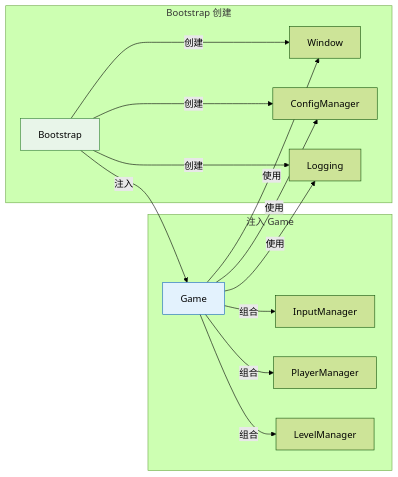
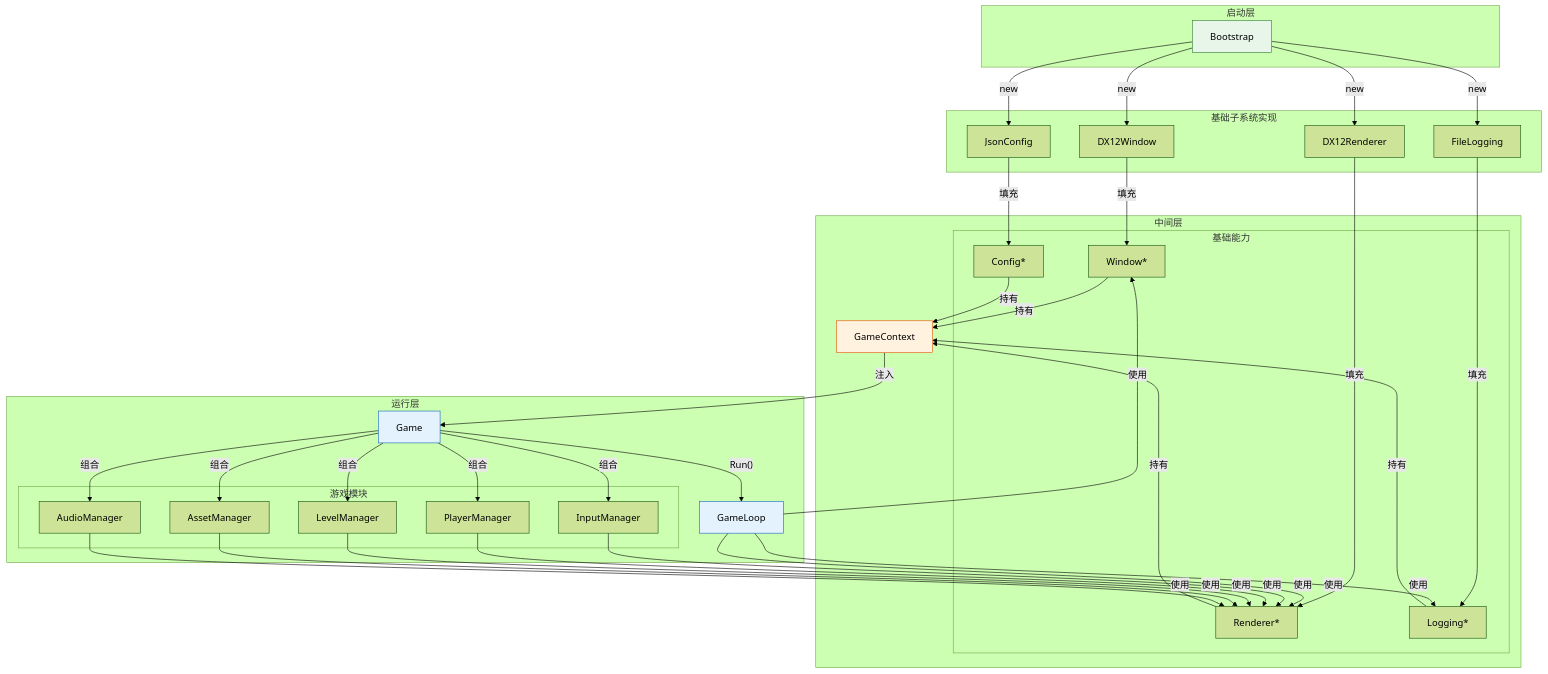
The fifth of 5 diagrams in Docs/Engine/Game.md (Gunxzq/DX12_Base), drawn with Mermaid (forest theme) before and after one commit. The commit also changed other lines of this file and 2 other files, not shown here.

````diff
--- a/Docs/Engine/Game.md
+++ b/Docs/Engine/Game.md
@@ -234,31 +237,73 @@
 ```mermaid
-graph LR
-    subgraph "Bootstrap 创建"
-        BM["Bootstrap"]
-        W["Window"]
-        C["ConfigManager"]
-        L["Logging"]
+graph TB
+    subgraph "启动层"
+        B["Bootstrap"]
     end
 
-    subgraph "注入 Game"
-        G["Game"]
-        IM["InputManager"]
-        PM["PlayerManager"]
-        LM["LevelManager"]
+    subgraph "中间层"
+        C["GameContext"]
+        subgraph "基础能力"
+            W["Window*"]
+            R["Renderer*"]
+            L["Logging*"]
+            CF["Config*"]
+        end
     end
 
-    BM -->|"创建"| W
-    BM -->|"创建"| C
-    BM -->|"创建"| L
-    BM -->|"注入"| G
+    subgraph "基础子系统实现"
+        W_impl["DX12Window"]
+        R_impl["DX12Renderer"]
+        L_impl["FileLogging"]
+        CF_impl["JsonConfig"]
+    end
 
-    G -->|"使用"| W
-    G -->|"使用"| C
-    G -->|"使用"| L
+    subgraph "运行层"
+        G["Game"]
+        subgraph "游戏模块"
+            IM["InputManager"]
+            PM["PlayerManager"]
+            LM["LevelManager"]
+            AM["AssetManager"]
+            AU["AudioManager"]
+        end
+        GL["GameLoop"]
+    end
+
+    %% Bootstrap 创建具体实现
+    B -->|"new"| W_impl
+    B -->|"new"| R_impl
+    B -->|"new"| L_impl
+    B -->|"new"| CF_impl
+
+    %% 具体实现填充到 Context
+    W_impl -->|"填充"| W
+    R_impl -->|"填充"| R
+    L_impl -->|"填充"| L
+    CF_impl -->|"填充"| CF
+
+    W & R & L & CF -->|"持有"| C
+
+    %% Context 注入 Game
+    C -->|"注入"| G
+
+    %% Game 组合模块
     G -->|"组合"| IM
     G -->|"组合"| PM
     G -->|"组合"| LM
+    G -->|"组合"| AM
+    G -->|"组合"| AU
 
-    style BM fill:#e8f5e9,stroke:#2e7d32
+    %% Game 使用 Context 能力
+    G -->|"Run()"| GL
+    GL -->|"使用"| W
+    GL -->|"使用"| R
+    GL -->|"使用"| L
+
+    %% 模块使用 Context
+    IM & PM & LM & AM & AU -->|"使用"| R
+
+    style B fill:#e8f5e9,stroke:#2e7d32
+    style C fill:#fff3e0,stroke:#e65100
     style G fill:#e3f2fd,stroke:#1565c0
+    style GL fill:#e3f2fd,stroke:#1565c0
 ```
````
